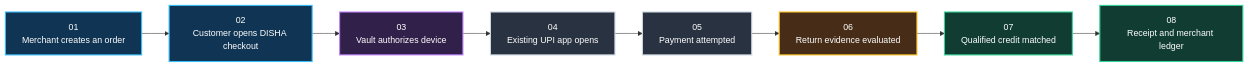
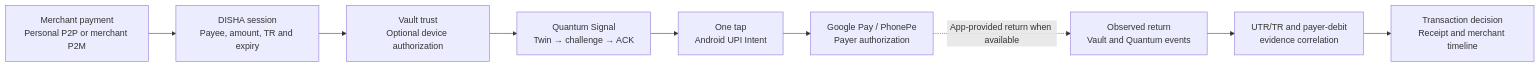
The diagram in README.md (Tashima-Tarsh/Zero-Trust-Fintech), drawn with Mermaid before and after one commit. The commit also changed other lines of this file and 4 other files, not shown here.

Commit message:
docs: align product, TDD/IDD, Vault-Quantum sequence and payer-side debit target

````diff
--- a/README.md
+++ b/README.md
@@ -93,15 +37,15 @@
-~~~mermaid
+```mermaid
 flowchart LR
-  A["01<br/>Merchant creates an order"]:::blue --> B["02<br/>Customer opens DISHA checkout"]:::blue
-  B --> C["03<br/>Vault authorizes device"]:::purple
-  C --> D["04<br/>Existing UPI app opens"]:::gray
-  D --> E["05<br/>Payment attempted"]:::gray
-  E --> F["06<br/>Return evidence evaluated"]:::orange
-  F --> G["07<br/>Qualified credit matched"]:::green
-  G --> H["08<br/>Receipt and merchant ledger"]:::green
-  classDef blue fill:#103453,stroke:#38BDF8,color:#fff,stroke-width:2px;
-  classDef purple fill:#31204A,stroke:#C084FC,color:#fff,stroke-width:2px;
-  classDef orange fill:#472D18,stroke:#FBBF24,color:#fff,stroke-width:2px;
-  classDef green fill:#103C31,stroke:#34D399,color:#fff,stroke-width:2px;
-  classDef gray fill:#293241,stroke:#CBD5E1,color:#fff,stroke-width:2px;
-~~~
+  A["Merchant payment<br/>Personal P2P or merchant P2M"]
+  B["DISHA session<br/>Payee, amount, TR and expiry"]
+  C["Vault trust<br/>Optional device authorization"]
+  D["Quantum Signal<br/>Twin → challenge → ACK"]
+  E["One tap<br/>Android UPI Intent"]
+  F["Google Pay / PhonePe<br/>Payer authorization"]
+  G["Observed return<br/>Vault and Quantum events"]
+  H["UTR/TR and payer-debit<br/>evidence correlation"]
+  I["Transaction decision<br/>Receipt and merchant timeline"]
+  A --> B --> C --> D --> E --> F
+  F -.->|"App-provided return when available"| G
+  G --> H --> I
+```
````
